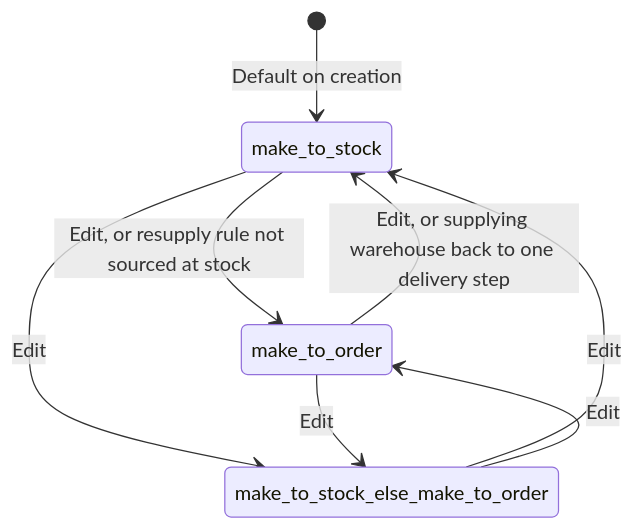
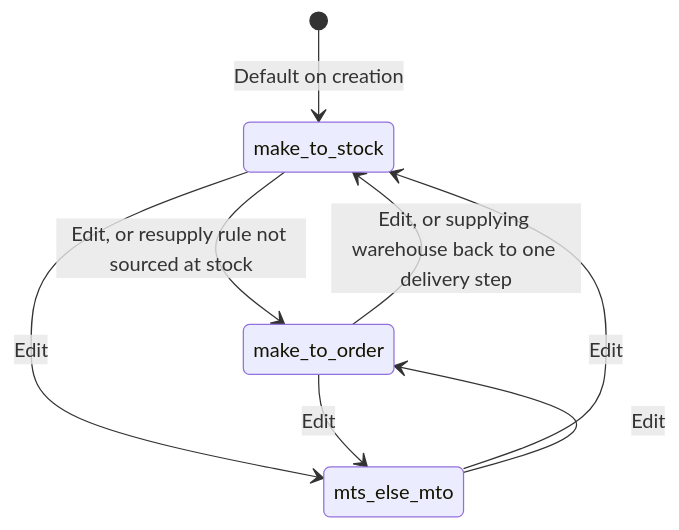
The sixth of 42 diagrams in docs/domains/replenishment-and-procurement/state-machines.md (vast-development-method/odoo-doc), drawn with Mermaid before and after one commit. The commit also changed other lines of this file and 38 other files, not shown here.

````diff
--- a/docs/domains/replenishment-and-procurement/state-machines.md
+++ b/docs/domains/replenishment-and-procurement/state-machines.md
@@ -275,10 +389,10 @@
 ```mermaid
 stateDiagram-v2
     [*] --> make_to_stock: Default on creation
     make_to_stock --> make_to_order: Edit, or resupply rule not sourced at stock
-    make_to_stock --> make_to_stock_else_make_to_order: Edit
+    make_to_stock --> mts_else_mto: Edit
     make_to_order --> make_to_stock: Edit, or supplying warehouse back to one delivery step
-    make_to_order --> make_to_stock_else_make_to_order: Edit
-    make_to_stock_else_make_to_order --> make_to_stock: Edit
-    make_to_stock_else_make_to_order --> make_to_order: Edit
+    make_to_order --> mts_else_mto: Edit
+    mts_else_mto --> make_to_stock: Edit
+    mts_else_mto --> make_to_order: Edit
 ```
````
